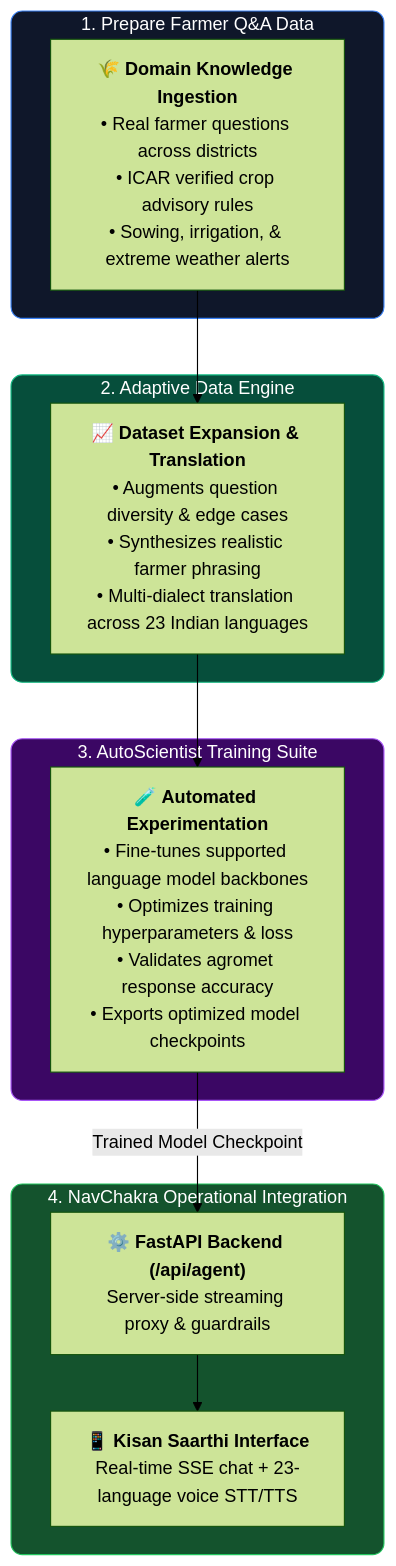
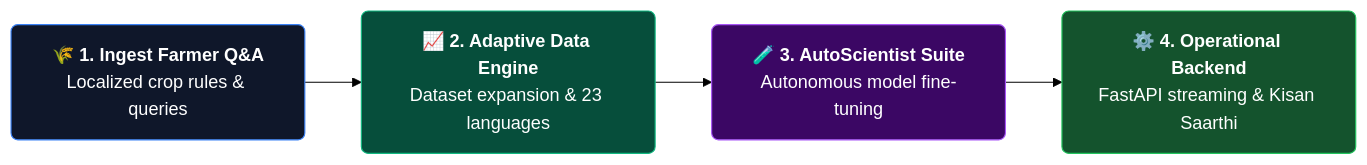
One commit to imsinghaditya07/NavChakra changed the diagram in README.md. Above: the diagram before and after it, drawn with Mermaid (forest theme). The commit also changed other lines of this file and 1 other file, not shown here.

Commit message:
docs: streamline 4-Stage Adaptation diagram into compact, horizontal layout

````diff
--- a/README.md
+++ b/README.md
@@ -78,29 +78,14 @@
 ```mermaid
-flowchart TD
-    subgraph S1 ["1. Prepare Farmer Q&A Data"]
-        A["🌾 <b>Domain Knowledge Ingestion</b><br/>• Real farmer questions across districts<br/>• ICAR verified crop advisory rules<br/>• Sowing, irrigation, & extreme weather alerts"]
-    end
+flowchart LR
+    S1["🌾 <b>1. Ingest Farmer Q&A</b><br/>Localized crop rules & queries"]
+    S2["📈 <b>2. Adaptive Data Engine</b><br/>Dataset expansion & 23 languages"]
+    S3["🧪 <b>3. AutoScientist Suite</b><br/>Autonomous model fine-tuning"]
+    S4["⚙️ <b>4. Operational Backend</b><br/>FastAPI streaming & Kisan Saarthi"]
 
-    subgraph S2 ["2. Adaptive Data Engine"]
-        B["📈 <b>Dataset Expansion & Translation</b><br/>• Augments question diversity & edge cases<br/>• Synthesizes realistic farmer phrasing<br/>• Multi-dialect translation across 23 Indian languages"]
-    end
+    S1 --> S2 --> S3 --> S4
 
-    subgraph S3 ["3. AutoScientist Training Suite"]
-        C["🧪 <b>Automated Experimentation</b><br/>• Fine-tunes supported language model backbones<br/>• Optimizes training hyperparameters & loss<br/>• Validates agromet response accuracy<br/>• Exports optimized model checkpoints"]
-    end
-
-    subgraph S4 ["4. NavChakra Operational Integration"]
-        D["⚙️ <b>FastAPI Backend (/api/agent)</b><br/>Server-side streaming proxy & guardrails"]
-        E["📱 <b>Kisan Saarthi Interface</b><br/>Real-time SSE chat + 23-language voice STT/TTS"]
-    end
-
-    A --> B
-    B --> C
-    C -->|Trained Model Checkpoint| D
-    D --> E
-
-    style S1 fill:#0f172a,stroke:#3b82f6,color:#ffffff,rx:10,ry:10
-    style S2 fill:#064e3b,stroke:#10b981,color:#ffffff,rx:10,ry:10
-    style S3 fill:#3b0764,stroke:#a855f7,color:#ffffff,rx:10,ry:10
-    style S4 fill:#14532d,stroke:#22c55e,color:#ffffff,rx:10,ry:10
+    style S1 fill:#0f172a,stroke:#3b82f6,color:#ffffff,rx:6,ry:6
+    style S2 fill:#064e3b,stroke:#10b981,color:#ffffff,rx:6,ry:6
+    style S3 fill:#3b0764,stroke:#a855f7,color:#ffffff,rx:6,ry:6
+    style S4 fill:#14532d,stroke:#22c55e,color:#ffffff,rx:6,ry:6
 ```
````
